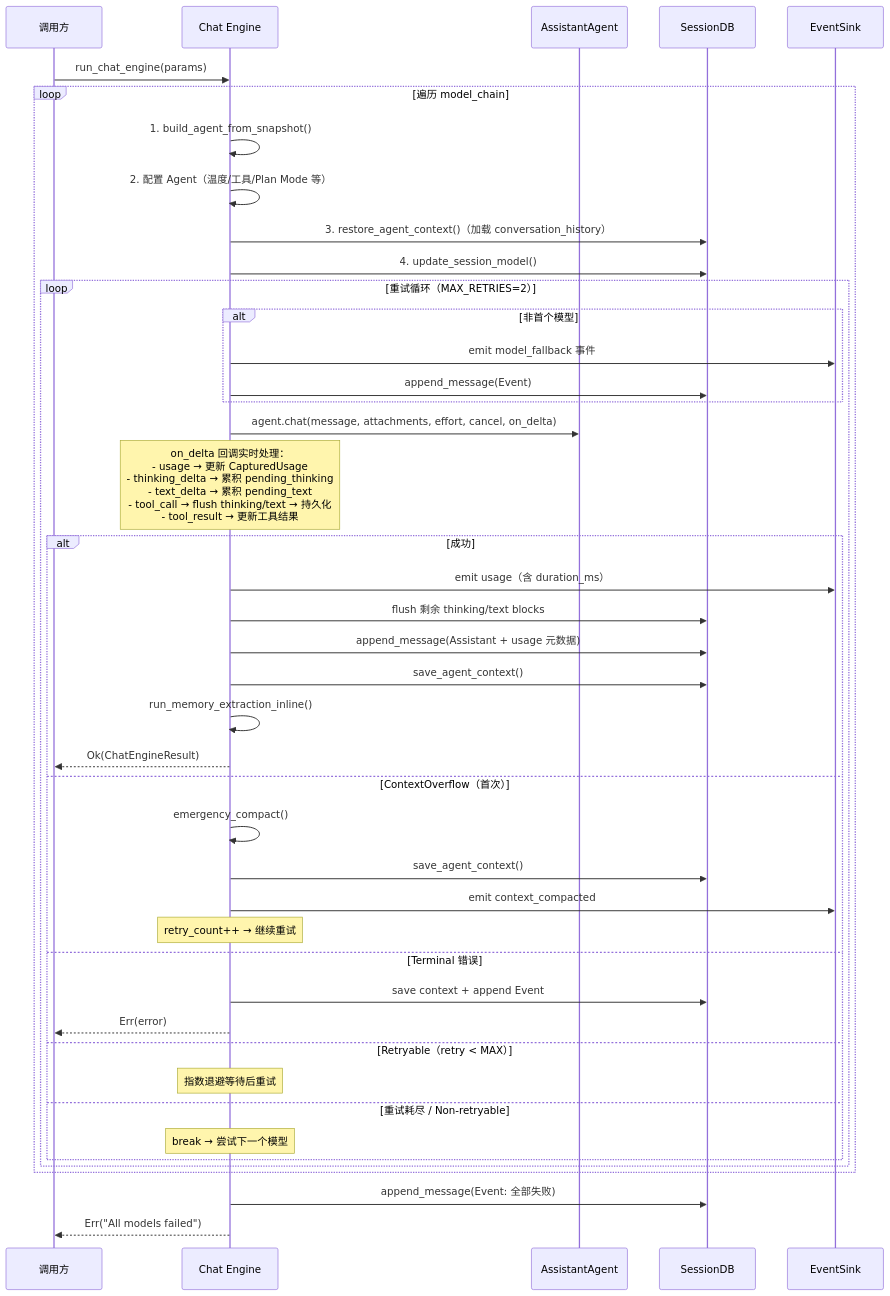
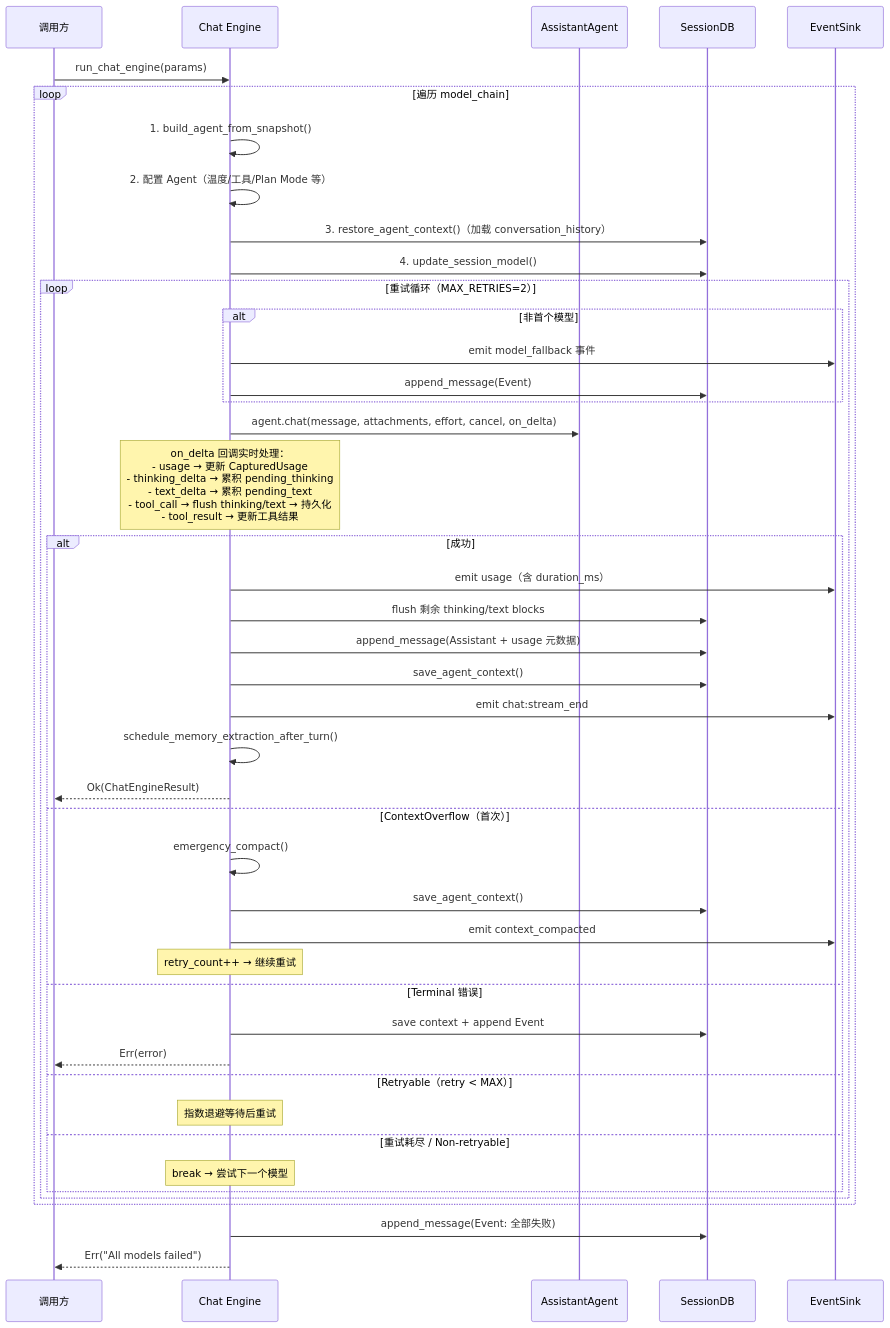
Before and after one commit to shiwenwen/hope-agent: the first of 3 diagrams in docs/architecture/chat-engine.md, drawn with Mermaid. The commit also changed other lines of this file and 6 other files, not shown here.

Commit message:
fix(chat): end visible stream before memory extraction

````diff
--- a/docs/architecture/chat-engine.md
+++ b/docs/architecture/chat-engine.md
@@ -119,52 +119,53 @@
 ```mermaid
 sequenceDiagram
     participant Caller as 调用方
     participant Engine as Chat Engine
     participant Agent as AssistantAgent
     participant DB as SessionDB
     participant Sink as EventSink
 
     Caller->>Engine: run_chat_engine(params)
 
     loop 遍历 model_chain
         Engine->>Engine: 1. build_agent_from_snapshot()
         Engine->>Engine: 2. 配置 Agent（温度/工具/Plan Mode 等）
         Engine->>DB: 3. restore_agent_context()（加载 conversation_history）
         Engine->>DB: 4. update_session_model()
 
         loop 重试循环（MAX_RETRIES=2）
             alt 非首个模型
                 Engine->>Sink: emit model_fallback 事件
                 Engine->>DB: append_message(Event)
             end
 
             Engine->>Agent: agent.chat(message, attachments, effort, cancel, on_delta)
 
             Note over Engine: on_delta 回调实时处理：<br/>- usage → 更新 CapturedUsage<br/>- thinking_delta → 累积 pending_thinking<br/>- text_delta → 累积 pending_text<br/>- tool_call → flush thinking/text → 持久化<br/>- tool_result → 更新工具结果
 
             alt 成功
                 Engine->>Sink: emit usage（含 duration_ms）
                 Engine->>DB: flush 剩余 thinking/text blocks
                 Engine->>DB: append_message(Assistant + usage 元数据)
                 Engine->>DB: save_agent_context()
-                Engine->>Engine: run_memory_extraction_inline()
+                Engine->>Sink: emit chat:stream_end
+                Engine->>Engine: schedule_memory_extraction_after_turn()
                 Engine-->>Caller: Ok(ChatEngineResult)
             else ContextOverflow（首次）
                 Engine->>Engine: emergency_compact()
                 Engine->>DB: save_agent_context()
                 Engine->>Sink: emit context_compacted
                 Note over Engine: retry_count++ → 继续重试
             else Terminal 错误
                 Engine->>DB: save context + append Event
                 Engine-->>Caller: Err(error)
             else Retryable（retry < MAX）
                 Note over Engine: 指数退避等待后重试
             else 重试耗尽 / Non-retryable
                 Note over Engine: break → 尝试下一个模型
             end
         end
     end
 
     Engine->>DB: append_message(Event: 全部失败)
     Engine-->>Caller: Err("All models failed")
 ```
````
